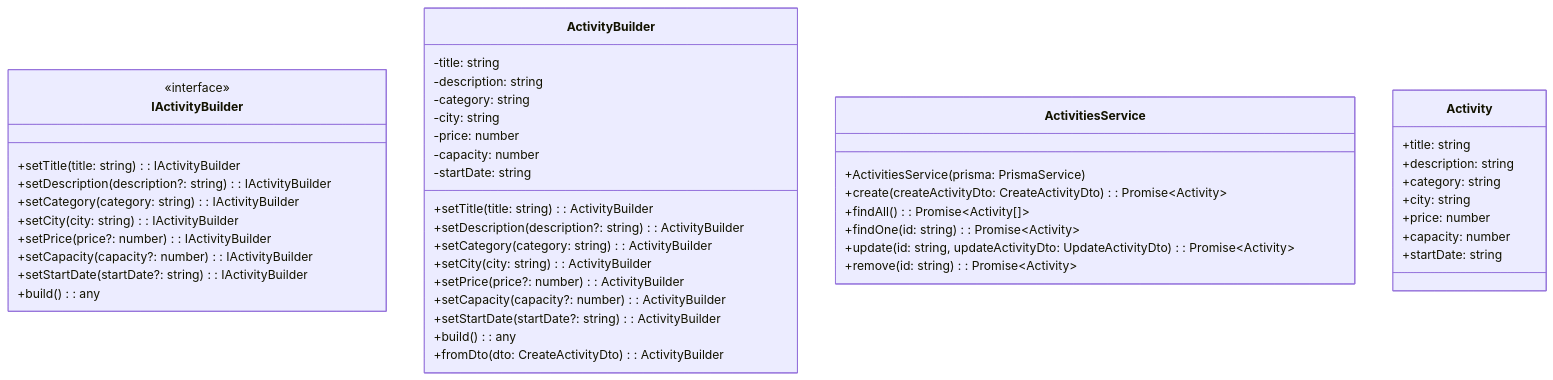
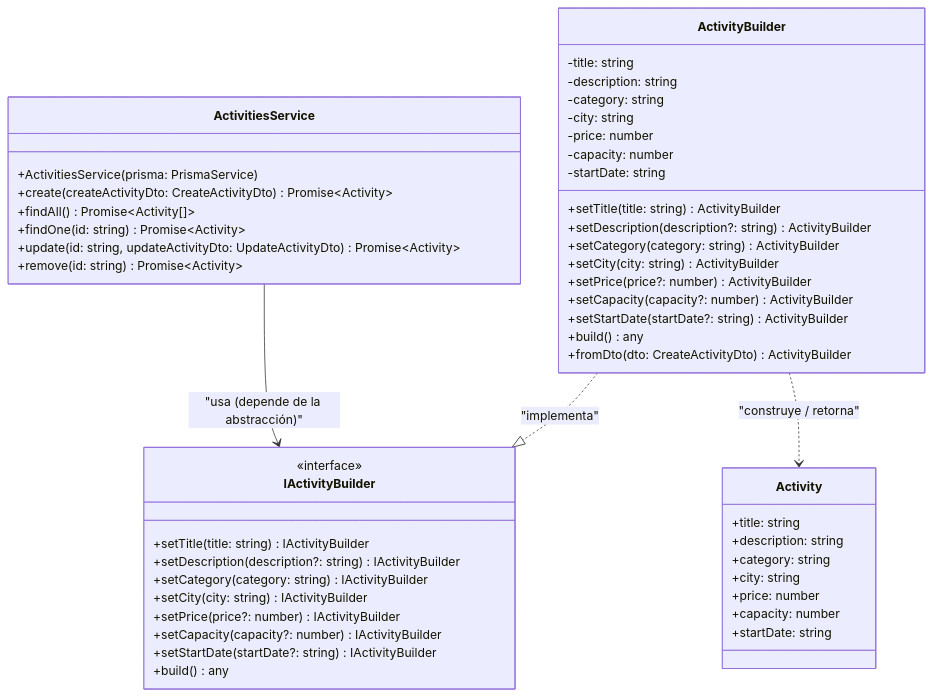
One commit to CaroDevs/Grupo1_Reto1_EventosMedellin changed the second of 2 diagrams in docs/patrones-creacionales/justificacion.md. Above: the diagram before and after it, drawn with Mermaid.

Commit message:
Update justificacion builder.md

````diff
--- a/docs/patrones-creacionales/justificacion.md
+++ b/docs/patrones-creacionales/justificacion.md
@@ -97,53 +97,56 @@
 ```mermaid
 classDiagram
     class IActivityBuilder {
             <<interface>>
-            +setTitle(title: string): IActivityBuilder
-            +setDescription(description?: string): IActivityBuilder
-            +setCategory(category: string): IActivityBuilder
-            +setCity(city: string): IActivityBuilder
-            +setPrice(price?: number): IActivityBuilder
-            +setCapacity(capacity?: number): IActivityBuilder
-            +setStartDate(startDate?: string): IActivityBuilder
-            +build(): any
+            +setTitle(title: string) IActivityBuilder
+            +setDescription(description?: string) IActivityBuilder
+            +setCategory(category: string) IActivityBuilder
+            +setCity(city: string) IActivityBuilder
+            +setPrice(price?: number) IActivityBuilder
+            +setCapacity(capacity?: number) IActivityBuilder
+            +setStartDate(startDate?: string) IActivityBuilder
+            +build() any
         }
     
         class ActivityBuilder {
             -title: string
             -description: string
             -category: string
             -city: string
             -price: number 
             -capacity: number 
             -startDate: string 
-            +setTitle(title: string): ActivityBuilder
-            +setDescription(description?: string): ActivityBuilder
-            +setCategory(category: string): ActivityBuilder
-            +setCity(city: string): ActivityBuilder
-            +setPrice(price?: number): ActivityBuilder
-            +setCapacity(capacity?: number): ActivityBuilder
-            +setStartDate(startDate?: string): ActivityBuilder
-            +build(): any
-            +fromDto(dto: CreateActivityDto): ActivityBuilder
+            +setTitle(title: string) ActivityBuilder
+            +setDescription(description?: string) ActivityBuilder
+            +setCategory(category: string) ActivityBuilder
+            +setCity(city: string) ActivityBuilder
+            +setPrice(price?: number) ActivityBuilder
+            +setCapacity(capacity?: number) ActivityBuilder
+            +setStartDate(startDate?: string) ActivityBuilder
+            +build() any
+            +fromDto(dto: CreateActivityDto) ActivityBuilder
         }
     
         class ActivitiesService {
             +ActivitiesService(prisma: PrismaService)
-            +create(createActivityDto: CreateActivityDto): Promise~Activity~
-            +findAll(): Promise~Activity[]~
-            +findOne(id: string) : Promise~Activity~
-            +update(id: string, updateActivityDto: UpdateActivityDto): Promise~Activity~
-            +remove(id: string): Promise~Activity~
+            +create(createActivityDto: CreateActivityDto) Promise~Activity~
+            +findAll() Promise~Activity[]~
+            +findOne(id: string) Promise~Activity~
+            +update(id: string, updateActivityDto: UpdateActivityDto) Promise~Activity~
+            +remove(id: string) Promise~Activity~
         }
     
         class Activity {
             +title: string
             +description: string
             +category: string
             +city: string
             +price: number 
             +capacity: number 
             +startDate: string 
         }
+    ActivityBuilder ..|> IActivityBuilder : "implementa"
+    ActivitiesService --> IActivityBuilder : "usa (depende de la abstracción)"
+    ActivityBuilder ..> Activity : "construye / retorna"
 
 ```
````
